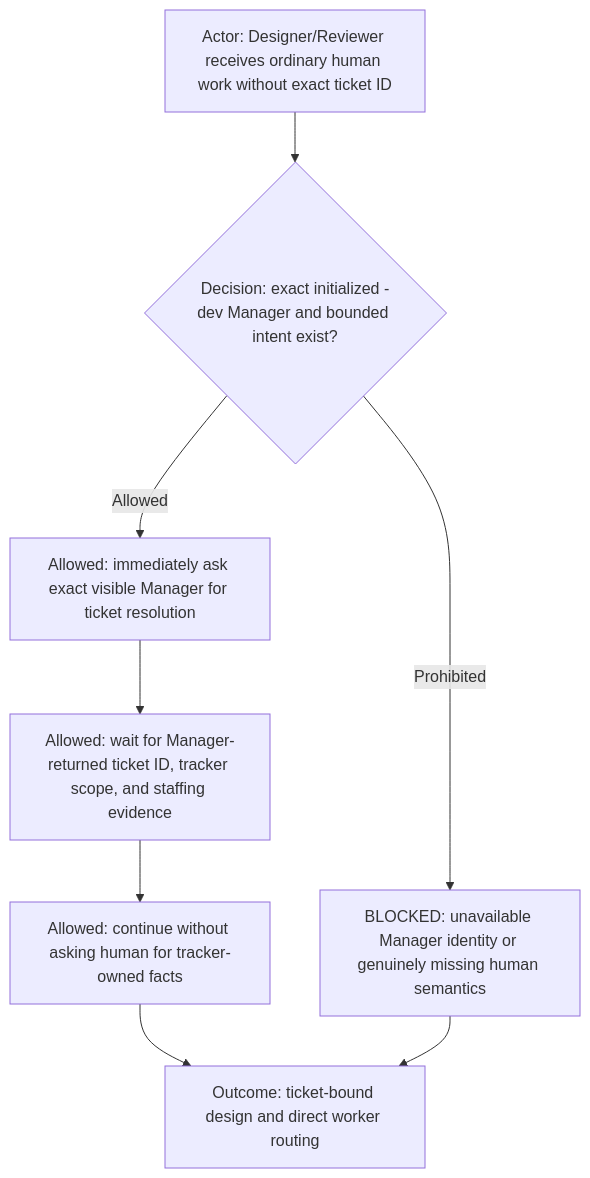
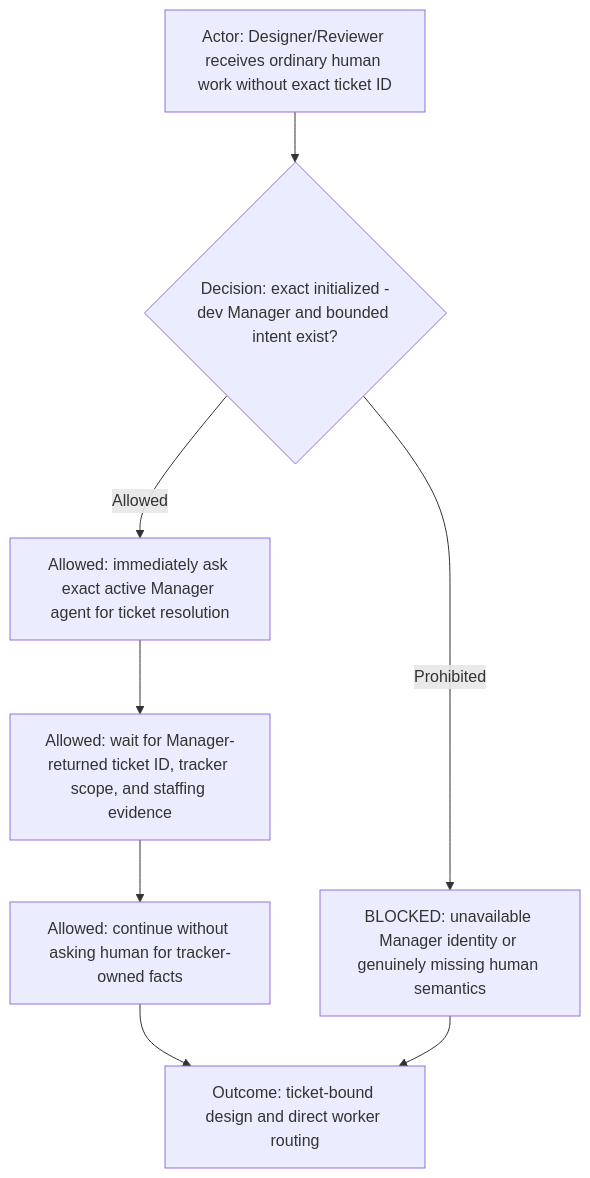
One commit to starodubtsevconsulting/ai-fleas changed the seventh of 21 diagrams in ai-workflows/_common/roles/designer-reviewer.md. Above: the diagram before and after it, drawn with Mermaid. The commit also changed other lines of this file and 15 other files, not shown here.

````diff
--- a/ai-workflows/_common/roles/designer-reviewer.md
+++ b/ai-workflows/_common/roles/designer-reviewer.md
@@ -143,10 +143,10 @@
 ```mermaid
 flowchart TD
   Actor["Actor: Designer/Reviewer receives ordinary human work without exact ticket ID"] --> Decision{"Decision: exact initialized <profile-id>-dev Manager and bounded intent exist?"}
-  Decision -->|Allowed| Manager["Allowed: immediately ask exact visible Manager for ticket resolution"]
+  Decision -->|Allowed| Manager["Allowed: immediately ask exact active Manager agent for ticket resolution"]
   Decision -->|Prohibited| Blocked["BLOCKED: unavailable Manager identity or genuinely missing human semantics"]
   Manager --> Wait["Allowed: wait for Manager-returned ticket ID, tracker scope, and staffing evidence"]
   Wait --> Continue["Allowed: continue without asking human for tracker-owned facts"]
   Continue --> Outcome["Outcome: ticket-bound design and direct worker routing"]
   Blocked --> Outcome
 ```
````
